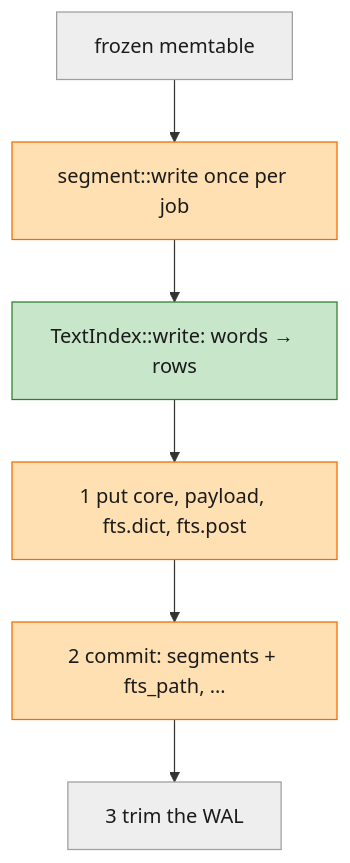
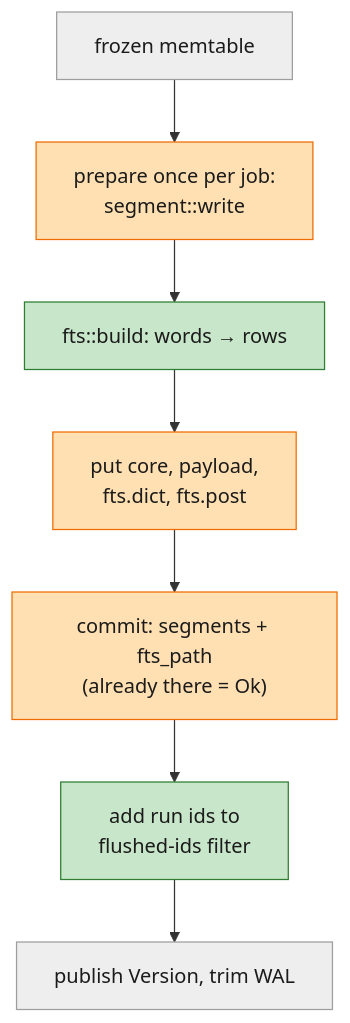
One commit to liukai/smithling changed the third of 11 diagrams in specs/003-m3-search-aggregates-speed/starter-guide.md. Above: the diagram before and after it, drawn with Mermaid. The commit also changed other lines of this file, not shown here.

````diff
--- a/specs/003-m3-search-aggregates-speed/starter-guide.md
+++ b/specs/003-m3-search-aggregates-speed/starter-guide.md
@@ -82,13 +86,14 @@
 ```mermaid
 flowchart TB
     A["frozen memtable"]:::old
-    B["segment::write once per job"]:::revised
-    C["TextIndex::write: words → rows"]:::new
-    D["1 put core, payload, fts.dict, fts.post"]:::revised
-    E["2 commit: segments + fts_path, …"]:::revised
-    F["3 trim the WAL"]:::old
-    A --> B --> C --> D --> E --> F
+    B["prepare once per job:<br/>segment::write"]:::revised
+    C["fts::build: words → rows"]:::new
+    D["put core, payload,<br/>fts.dict, fts.post"]:::revised
+    E["commit: segments + fts_path<br/>(already there = Ok)"]:::revised
+    F["add run ids to<br/>flushed-ids filter"]:::new
+    G["publish Version, trim WAL"]:::old
+    A --> B --> C --> D --> E --> F --> G
     classDef new fill:#c8e6c9,stroke:#2e7d32,color:#1b1b1b
     classDef revised fill:#ffe0b2,stroke:#ef6c00,color:#1b1b1b
     classDef old fill:#eeeeee,stroke:#9e9e9e,color:#1b1b1b
 ```
````
